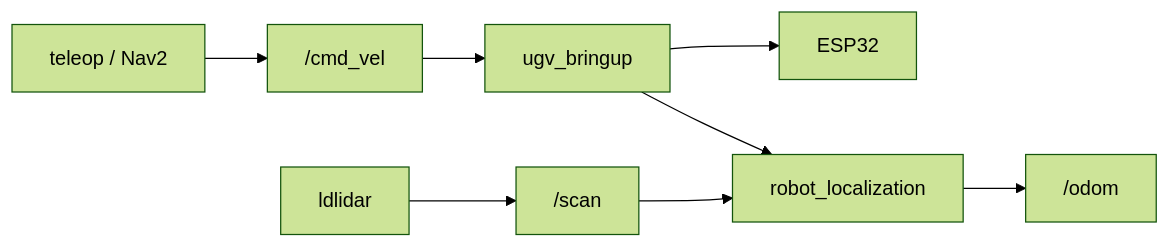
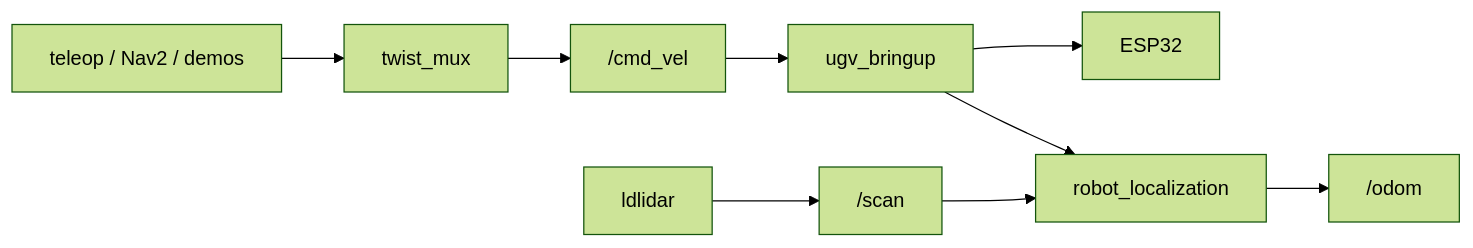
The diagram in docs/bringup.md (Coldaine/RobotOverview), drawn with Mermaid (forest theme) before and after one commit. The commit also changed other lines of this file and 21 other files, not shown here.

First line of the commit message:
Fix review round 1 findings on the twist_mux safety spine

````diff
--- a/docs/bringup.md
+++ b/docs/bringup.md
@@ -57,17 +57,18 @@
 ```mermaid
 flowchart LR
-  TELEOP[teleop / Nav2]
+  TELEOP[teleop / Nav2 / demos]
+  MUX[twist_mux]
   CMD["/cmd_vel"]
   BR[ugv_bringup]
   ESP[ESP32]
   LIDAR[ldlidar]
   SCAN["/scan"]
   EKF[robot_localization]
   ODOM["/odom"]
 
-  TELEOP --> CMD --> BR --> ESP
+  TELEOP --> MUX --> CMD --> BR --> ESP
   LIDAR --> SCAN
   BR --> EKF
   SCAN --> EKF
   EKF --> ODOM
 ```
````
